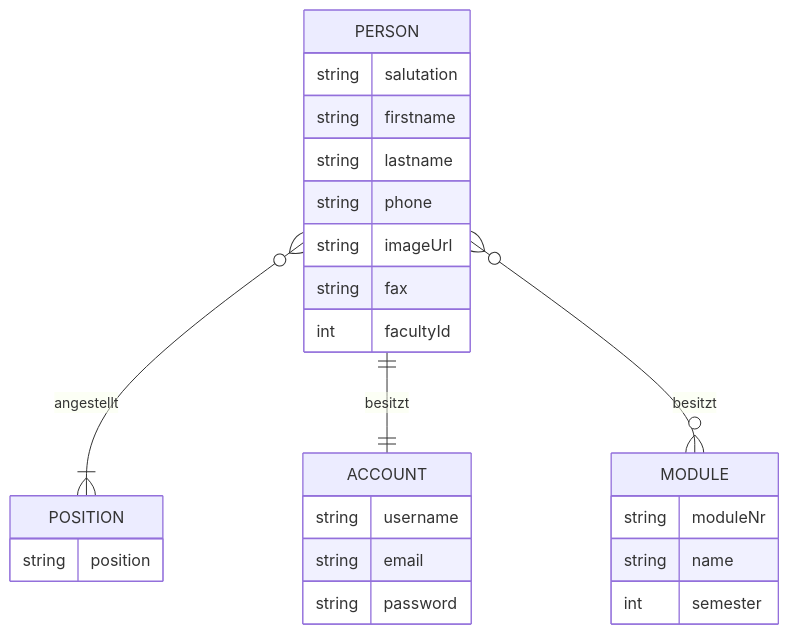
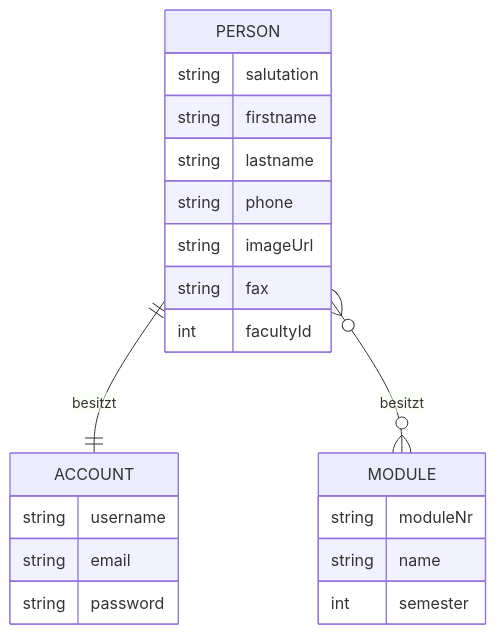
The diagram in docs/documentation.md (fh-erfurt/ss2022_team_1_service_7_persons), drawn with Mermaid before and after one commit.

````diff
--- a/docs/documentation.md
+++ b/docs/documentation.md
@@ -39,28 +39,24 @@
 ```mermaid
 erDiagram
-    PERSON }o--|{ POSITION : angestellt
     PERSON ||--|| ACCOUNT : besitzt
     PERSON }o--o{ MODULE : besitzt
     PERSON {
         string salutation
         string firstname
         string lastname
         string phone
         string imageUrl
         string fax
         int facultyId
-    }
-    POSITION {
-        string position
     }
     ACCOUNT {
         string username
         string email
         string password
     }
     MODULE {
         string moduleNr
         string name
         int semester
     }
 ```
````
